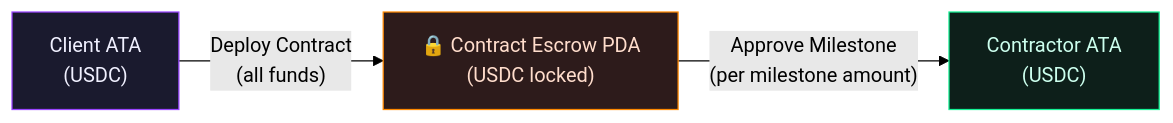
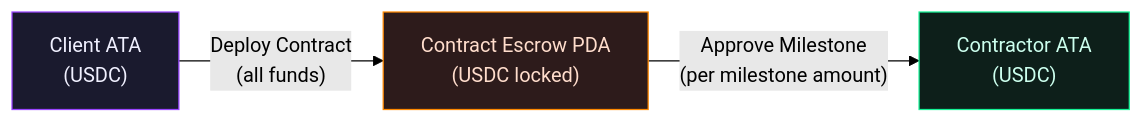
The second of 2 diagrams in docs/features/dashboard.md (ContracGuardAI/frontend), drawn with Mermaid (forest theme) before and after one commit. The commit also changed other lines of this file and 40 other files, not shown here.

````diff
--- a/docs/features/dashboard.md
+++ b/docs/features/dashboard.md
@@ -105,13 +93,13 @@
 ```mermaid
 flowchart LR
     CA["Client ATA\n(USDC)"]
-    ESC["🔒 Contract Escrow PDA\n(USDC locked)"]
+    ESC["Contract Escrow PDA\n(USDC locked)"]
     CTA["Contractor ATA\n(USDC)"]
 
     CA -- "Deploy Contract\n(all funds)" --> ESC
     ESC -- "Approve Milestone\n(per milestone amount)" --> CTA
 
     style CA fill:#1a1a2e,stroke:#9945FF,color:#f0f0ff
     style ESC fill:#2d1b1b,stroke:#ff8800,color:#ffddcc
     style CTA fill:#0d1f1a,stroke:#14F195,color:#ccffee
 ```
````
